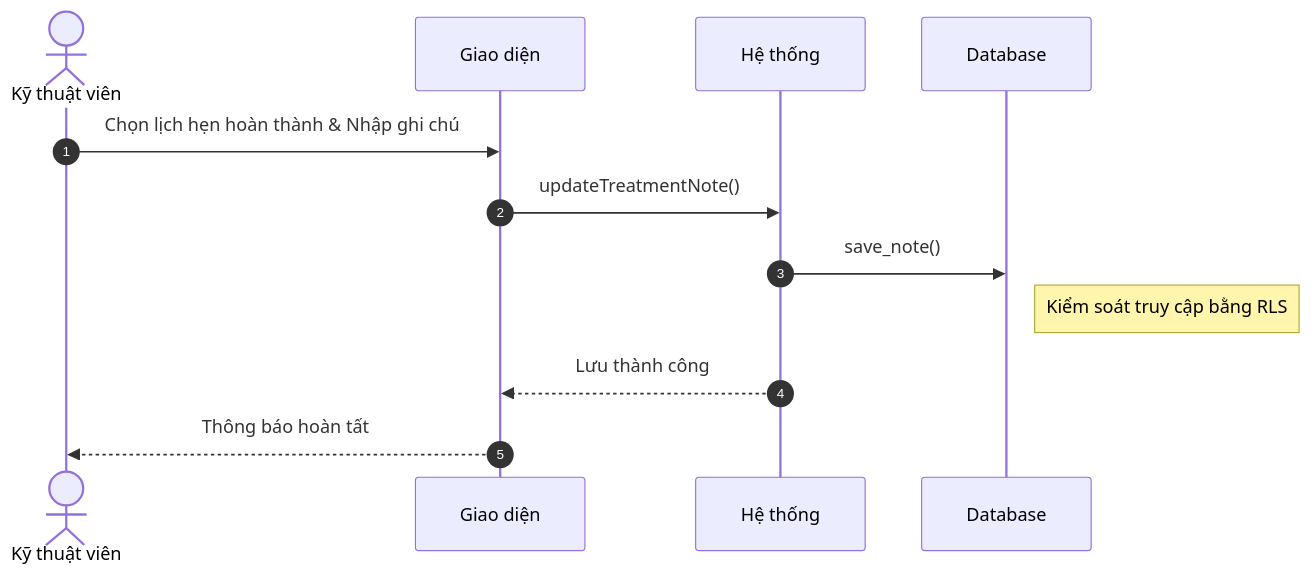
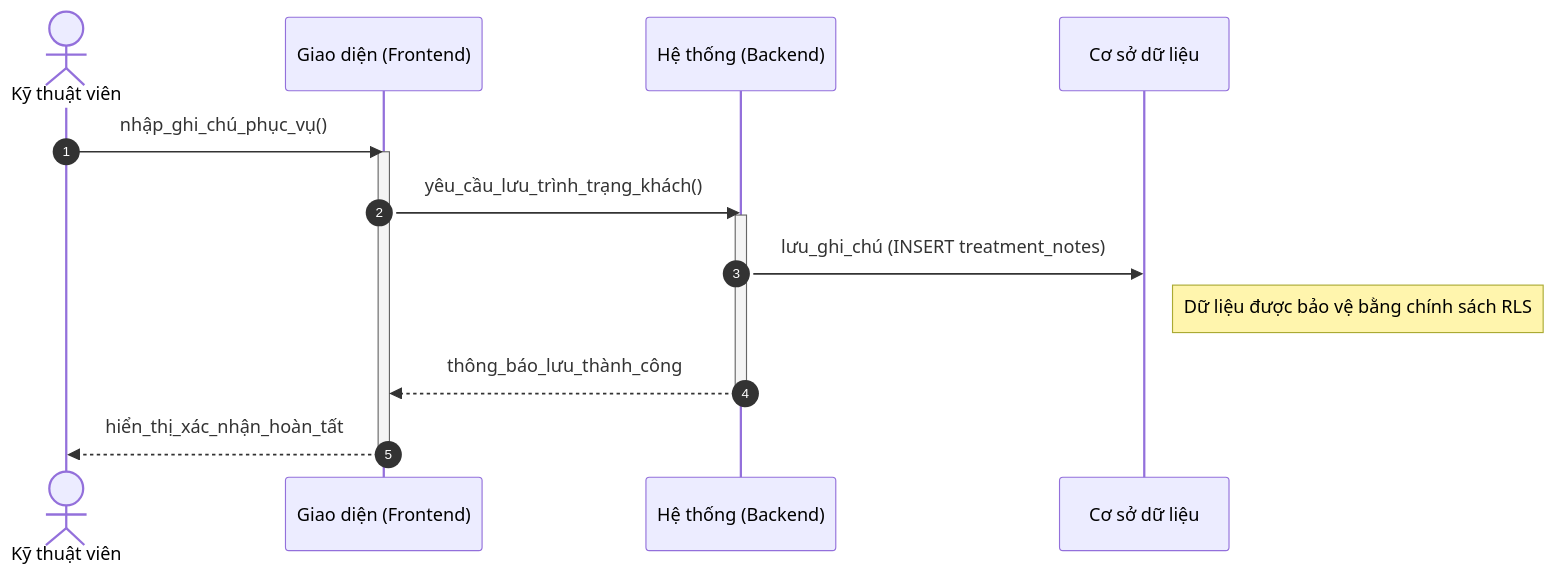
One commit to ngoctinn/Synapse changed the second of 2 diagrams in docs/design/sequences_simplified/technician_flows.md. Above: the diagram before and after it, drawn with Mermaid. The commit also changed other lines of this file and 4 other files, not shown here.

Commit message:
docs: Add simplified sequence diagrams for receptionist, technician, admin, customer, and authentication flows.

````diff
--- a/docs/design/sequences_simplified/technician_flows.md
+++ b/docs/design/sequences_simplified/technician_flows.md
@@ -26,17 +35,21 @@
 ```mermaid
 sequenceDiagram
     autonumber
     actor KTV as Kỹ thuật viên
-    participant UI as Giao diện
-    participant HT as Hệ thống
-    participant DB as Database
+    participant FE as Giao diện (Frontend)
+    participant BE as Hệ thống (Backend)
+    participant DB as Cơ sở dữ liệu
 
-    KTV->>UI: Chọn lịch hẹn hoàn thành & Nhập ghi chú
-    UI->>HT: updateTreatmentNote()
+    KTV->>FE: nhập_ghi_chú_phục_vụ()
+    activate FE
+    FE->>BE: yêu_cầu_lưu_trình_trạng_khách()
+    activate BE
 
-    HT->>DB: save_note()
-    Note right of DB: Kiểm soát truy cập bằng RLS
+    BE->>DB: lưu_ghi_chú (INSERT treatment_notes)
+    Note right of DB: Dữ liệu được bảo vệ bằng chính sách RLS
 
-    HT-->>UI: Lưu thành công
-    UI-->>KTV: Thông báo hoàn tất
+    BE-->>FE: thông_báo_lưu_thành_công
+    deactivate BE
+    FE-->>KTV: hiển_thị_xác_nhận_hoàn_tất
+    deactivate FE
 ```
````
